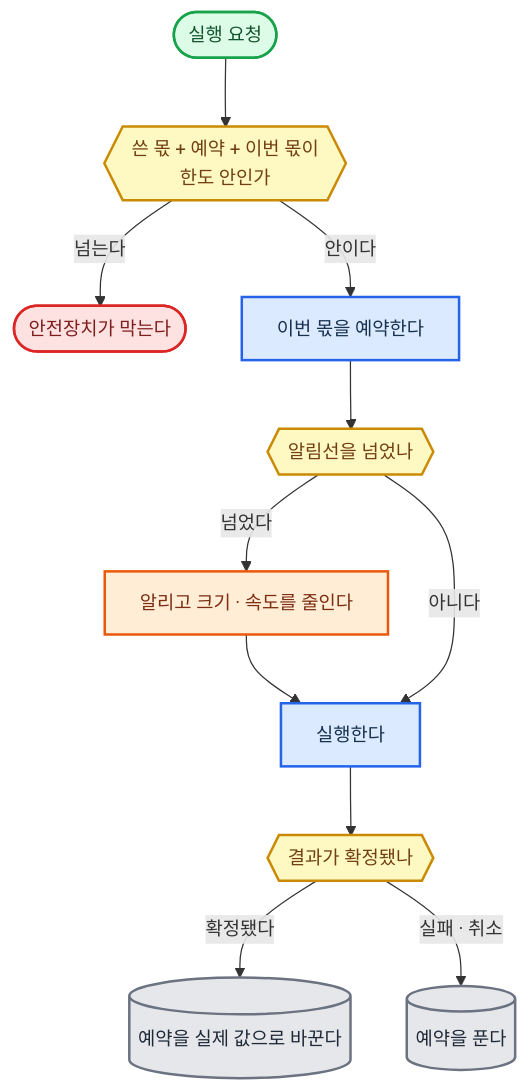
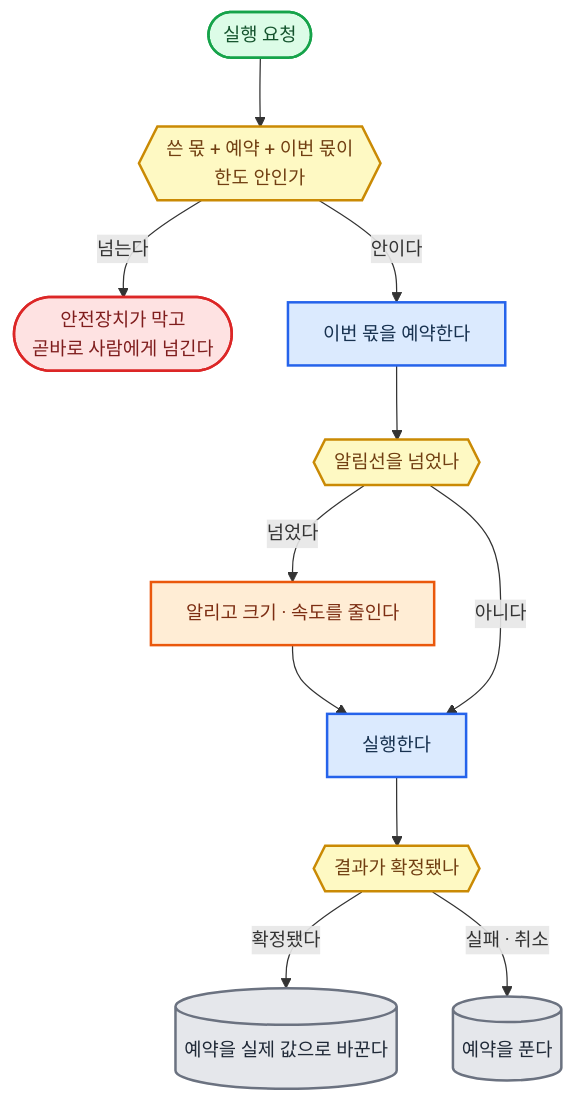
One commit to harisbaguette/expert changed diagram 15 of 27 in 전문가 에이전트 정의 2.md. Above: the diagram before and after it, drawn with Mermaid. The commit also changed other lines of this file, not shown here.

Commit message:
정의 2 재료별 구상 78개 — 계통 사이 어긋남 30건 일괄 수정(기록 자리 둘로 통일, 직종 공통 폴더, 승인 통로 로그인만, 한도 초과는 곧바로 사람, 다섯 경우 밖 사람 호출 제거, 이름 통일)

````diff
--- a/전문가 에이전트 정의 2.md
+++ b/전문가 에이전트 정의 2.md
@@ -1699,17 +1706,17 @@
 ```mermaid
 %%{init: {"flowchart": {"wrappingWidth": 640, "curve": "basis", "nodeSpacing": 45, "rankSpacing": 55, "padding": 14, "useMaxWidth": true}, "themeVariables": {"fontSize": "15px"}} }%%
 flowchart TB
     IN(["실행 요청"]):::good --> Q1{{"쓴 몫 + 예약 + 이번 몫이<br/>한도 안인가"}}:::note
-    Q1 -- "넘는다" --> STOP(["안전장치가 막는다"]):::stop
+    Q1 -- "넘는다" --> STOP(["안전장치가 막고<br/>곧바로 사람에게 넘긴다"]):::stop
     Q1 -- "안이다" --> RES["이번 몫을 예약한다"]:::main --> Q2{{"알림선을 넘었나"}}:::note
     Q2 -- "넘었다" --> SLOW["알리고 크기 · 속도를 줄인다"]:::back --> RUN["실행한다"]:::main
     Q2 -- "아니다" --> RUN --> Q3{{"결과가 확정됐나"}}:::note
     Q3 -- "확정됐다" --> FIX[("예약을 실제 값으로 바꾼다")]:::store
     Q3 -- "실패 · 취소" --> FREE[("예약을 푼다")]:::store
     classDef main fill:#dbeafe,stroke:#2563eb,stroke-width:2px,color:#17314f
     classDef stop fill:#fee2e2,stroke:#dc2626,stroke-width:2px,color:#7f1d1d
     classDef back fill:#ffedd5,stroke:#ea580c,stroke-width:2px,color:#7c2d12
     classDef store fill:#e5e7eb,stroke:#6b7280,stroke-width:2px,color:#1f2937
     classDef good fill:#dcfce7,stroke:#16a34a,stroke-width:2px,color:#14532d
     classDef note fill:#fef9c3,stroke:#ca8a04,stroke-width:2px,color:#713f12
 ```
````
